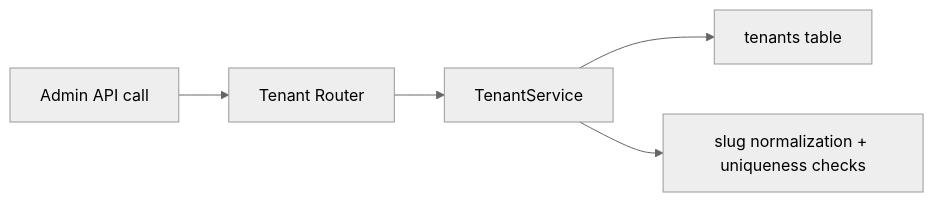
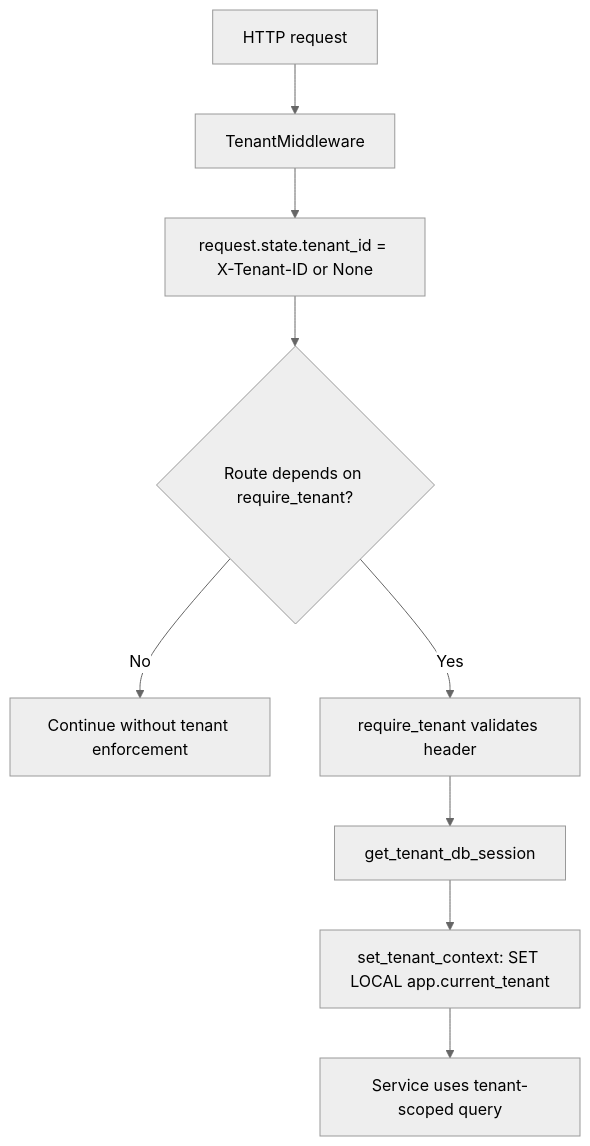
Before and after one commit to adriangpo/mindflow-api: the second of 4 diagrams in docs/features/tenant.md, drawn with Mermaid (neutral theme). The commit also changed other lines of this file and 5 other files, not shown here.

````diff
--- a/docs/features/tenant.md
+++ b/docs/features/tenant.md
@@ -7,7 +55,11 @@
 ```mermaid
-flowchart LR
-    A[Admin API call] --> B[Tenant Router]
-    B --> C[TenantService]
-    C --> D[tenants table]
-    C --> E[slug normalization + uniqueness checks]
+flowchart TD
+    A[HTTP request] --> B[TenantMiddleware]
+    B --> C[request.state.tenant_id = X-Tenant-ID or None]
+    C --> D{Route depends on require_tenant?}
+    D -- No --> E[Continue without tenant enforcement]
+    D -- Yes --> F[require_tenant validates header]
+    F --> G[get_tenant_db_session]
+    G --> H[set_tenant_context: SET LOCAL app.current_tenant]
+    H --> I[Service uses tenant-scoped query]
 ```
````
